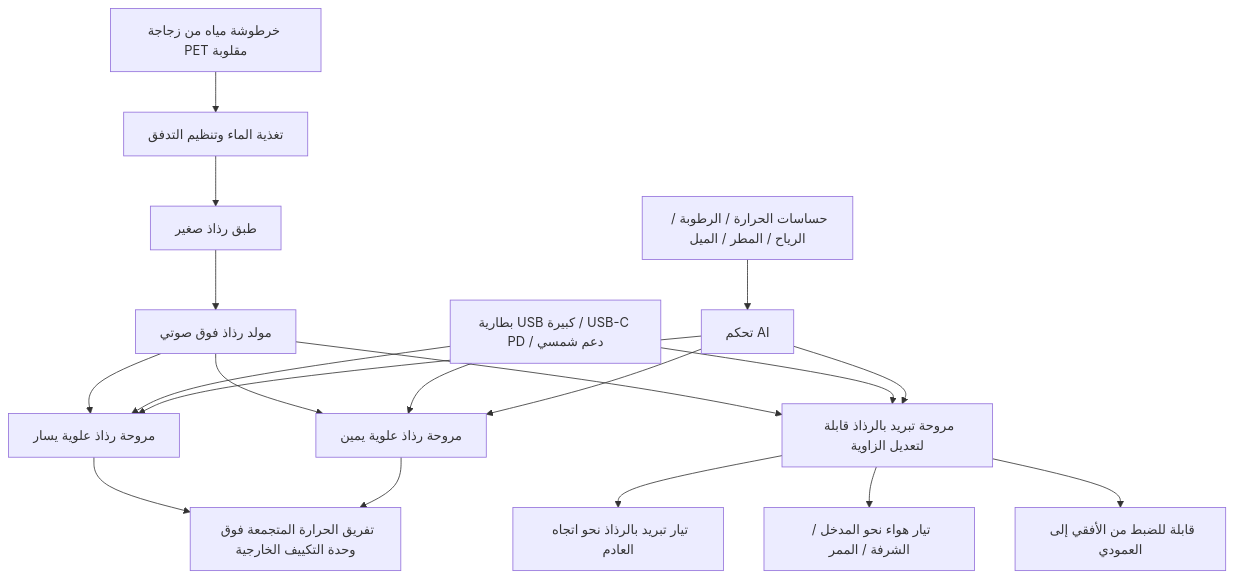
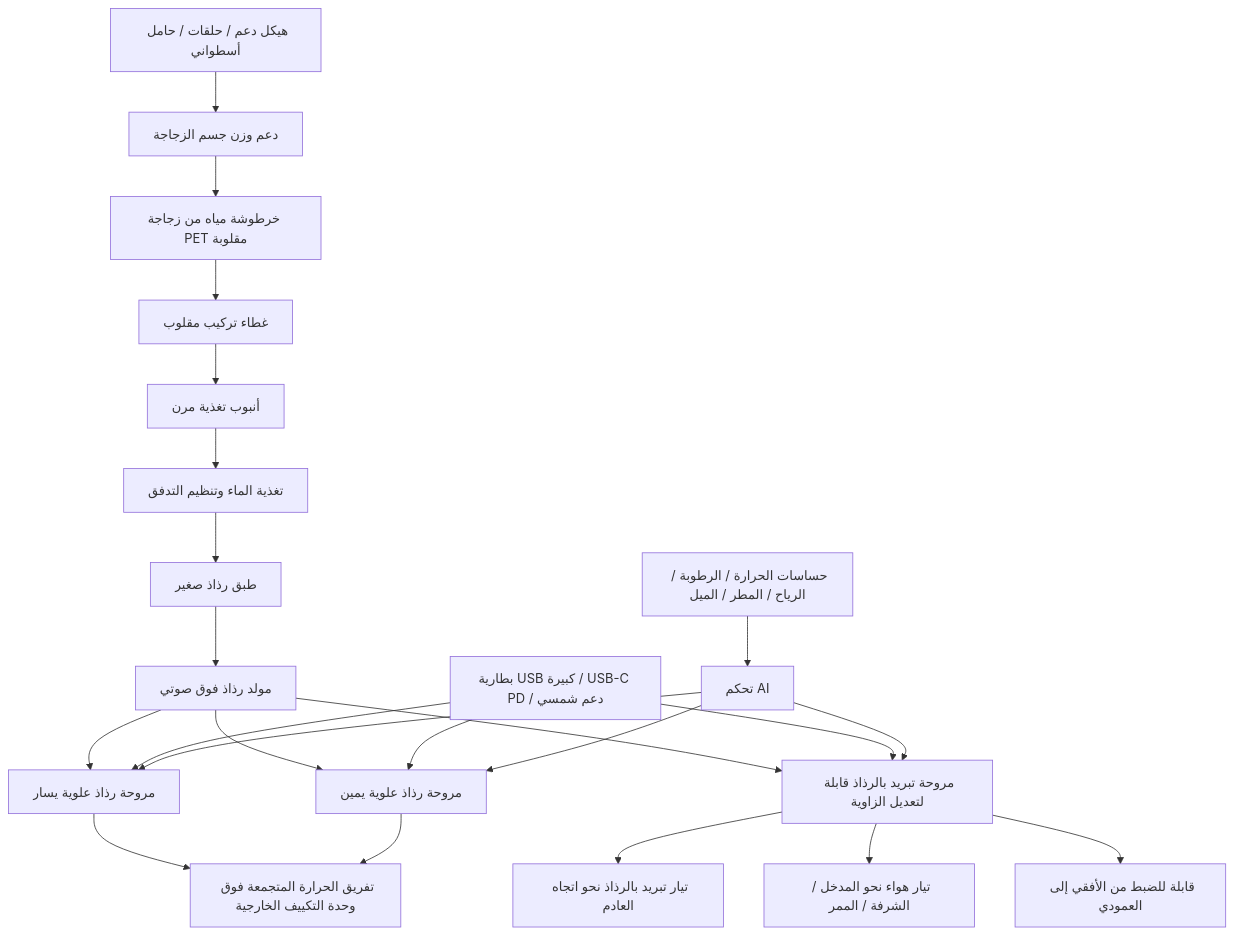
The diagram in docs/TRI_DIRECTIONAL_MIST_COOLING_STAND_AND_BOTTLE_CARTRIDGE_ar.md (InchaComisho/Center-Mist-Ultrasonic-Cooling-Fan-Concept), drawn with Mermaid before and after one commit. The commit also changed other lines of this file, not shown here.

````diff
--- a/docs/TRI_DIRECTIONAL_MIST_COOLING_STAND_AND_BOTTLE_CARTRIDGE_ar.md
+++ b/docs/TRI_DIRECTIONAL_MIST_COOLING_STAND_AND_BOTTLE_CARTRIDGE_ar.md
@@ -113,26 +148,31 @@
 ```mermaid
 flowchart TD
-    A[خرطوشة مياه من زجاجة PET مقلوبة] --> B[تغذية الماء وتنظيم التدفق]
-    B --> C[طبق رذاذ صغير]
-    C --> D[مولد رذاذ فوق صوتي]
+    A[خرطوشة مياه من زجاجة PET مقلوبة] --> B[غطاء تركيب مقلوب]
+    B --> C[أنبوب تغذية مرن]
+    C --> D[تغذية الماء وتنظيم التدفق]
+    D --> E[طبق رذاذ صغير]
+    E --> F[مولد رذاذ فوق صوتي]
 
-    D --> E[مروحة رذاذ علوية يسار]
-    D --> F[مروحة رذاذ علوية يمين]
-    D --> G[مروحة تبريد بالرذاذ قابلة لتعديل الزاوية]
+    G[هيكل دعم / حلقات / حامل أسطواني] --> H[دعم وزن جسم الزجاجة]
+    H --> A
 
-    E --> H[تفريق الحرارة المتجمعة فوق وحدة التكييف الخارجية]
-    F --> H
+    F --> I[مروحة رذاذ علوية يسار]
+    F --> J[مروحة رذاذ علوية يمين]
+    F --> K[مروحة تبريد بالرذاذ قابلة لتعديل الزاوية]
 
-    G --> I[تيار تبريد بالرذاذ نحو اتجاه العادم]
-    G --> J[تيار هواء نحو المدخل / الشرفة / الممر]
-    G --> K[قابلة للضبط من الأفقي إلى العمودي]
+    I --> L[تفريق الحرارة المتجمعة فوق وحدة التكييف الخارجية]
+    J --> L
 
-    L[بطارية USB كبيرة / USB-C PD / دعم شمسي] --> E
-    L --> F
-    L --> G
+    K --> M[تيار تبريد بالرذاذ نحو اتجاه العادم]
+    K --> N[تيار هواء نحو المدخل / الشرفة / الممر]
+    K --> O[قابلة للضبط من الأفقي إلى العمودي]
 
-    M[حساسات الحرارة / الرطوبة / الرياح / المطر / الميل] --> N[تحكم AI]
-    N --> E
-    N --> F
-    N --> G
+    P[بطارية USB كبيرة / USB-C PD / دعم شمسي] --> I
+    P --> J
+    P --> K
+
+    Q[حساسات الحرارة / الرطوبة / الرياح / المطر / الميل] --> R[تحكم AI]
+    R --> I
+    R --> J
+    R --> K
 ```
````
